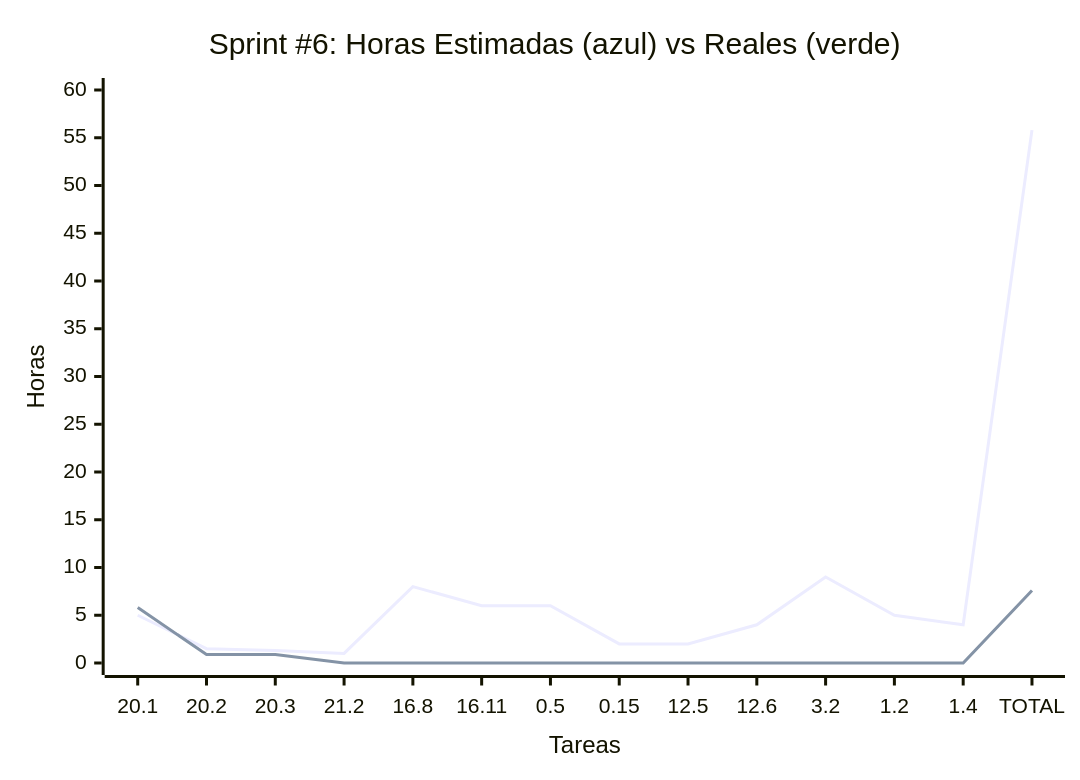
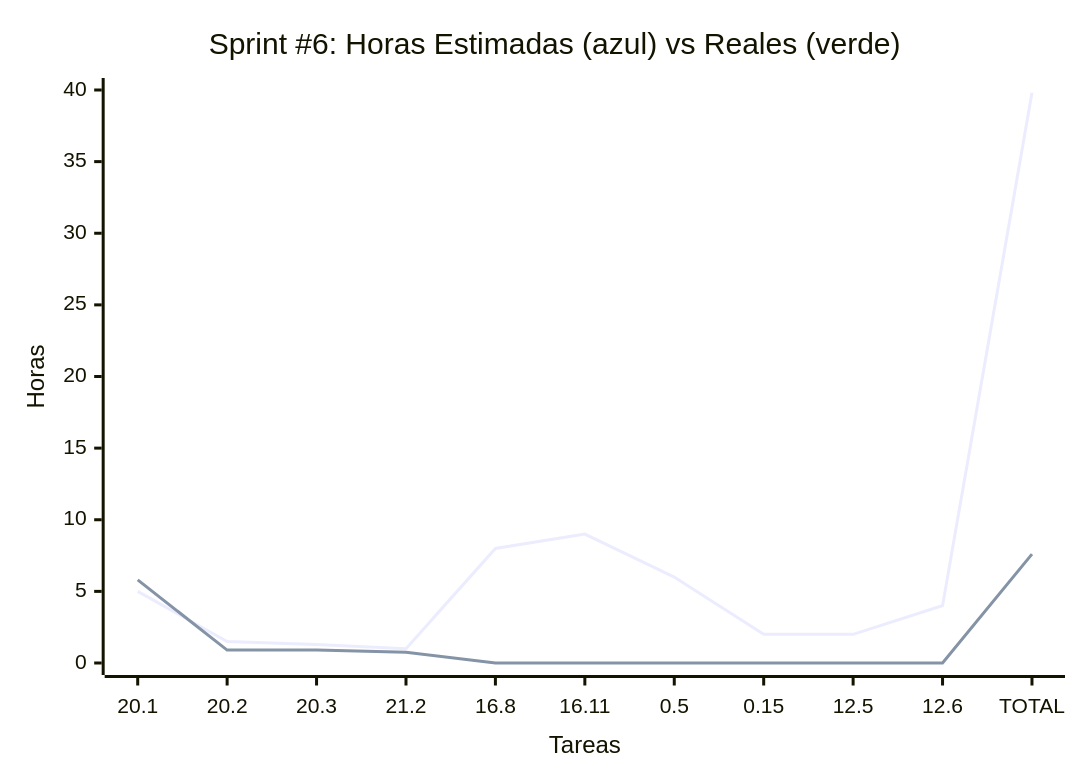
One commit to MarkMed/FleetMan changed the sixth of 6 diagrams in docs/SprintsPlanning.md. Above: the diagram before and after it, drawn with Mermaid. The commit also changed other lines of this file and 2 other files, not shown here.

````diff
--- a/docs/SprintsPlanning.md
+++ b/docs/SprintsPlanning.md
@@ -265,12 +262,12 @@
 ```mermaid
 xychart-beta
     title "Sprint #6: Horas Estimadas #40;azul#41; vs Reales #40;verde#41;"
-    x-axis "Tareas" ["20.1", "20.2", "20.3", "21.2", "16.8", "16.11", "0.5", "0.15", "12.5", "12.6", "3.2", "1.2", "1.4", "TOTAL"]
-    y-axis "Horas" 0 --> 60
+    x-axis "Tareas" ["20.1", "20.2", "20.3", "21.2", "16.8", "16.11", "0.5", "0.15", "12.5", "12.6", "TOTAL"]
+    y-axis "Horas" 0 --> 40
     
     %% Green line (estimadas)
-    line [5, 1.5, 1.3, 1, 8, 6, 6, 2, 2, 4, 9, 5, 4, 55.8]
+    line [5, 1.5, 1.3, 1, 8, 9, 6, 2, 2, 4, 39.8]
 
     %% Black line (reales)
-    line [5.8, 0.9, 0.9, 0, 0, 0, 0, 0, 0, 0, 0, 0, 0, 7.6]
+    line [5.8, 0.9, 0.9, 0.75, 0, 0, 0, 0, 0, 0, 7.6]
 ```
````
